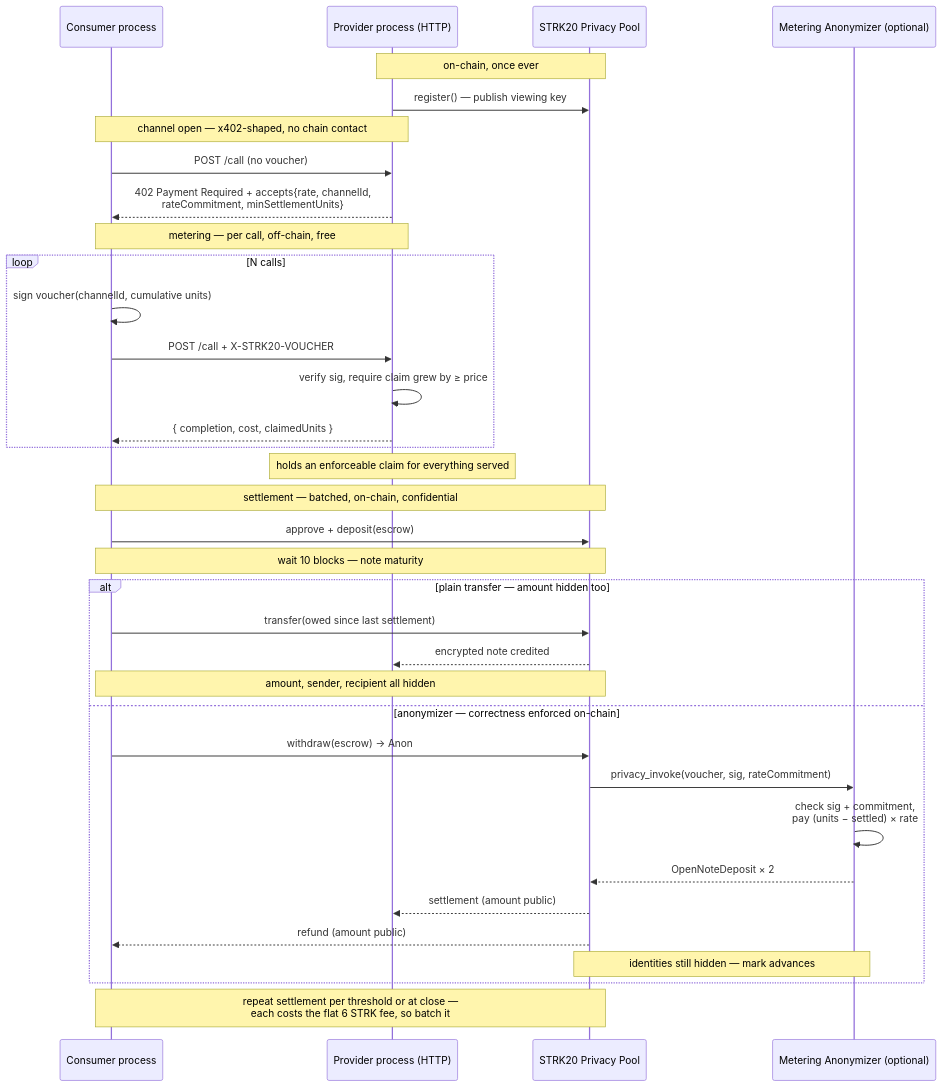
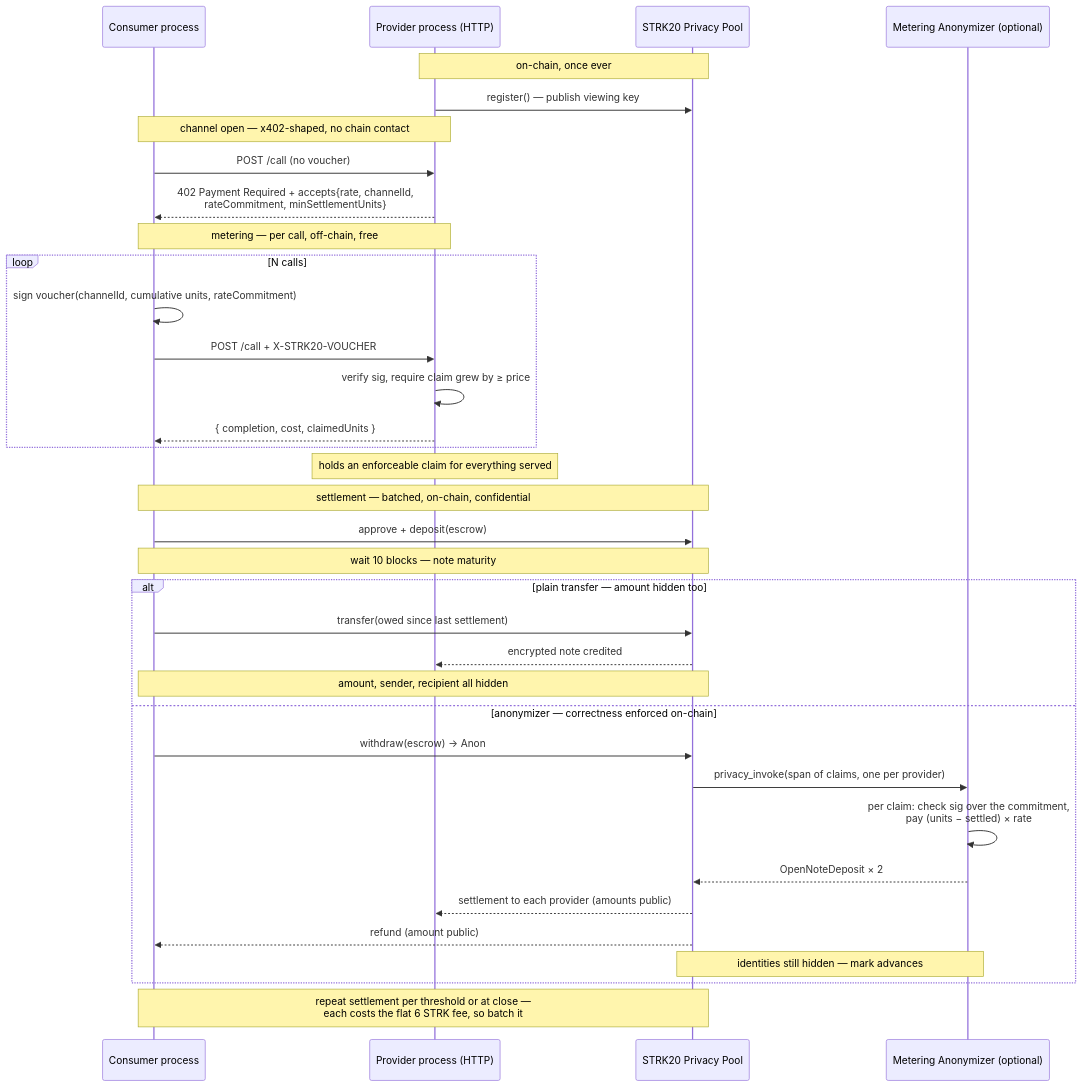
One commit to ayush4345/strkret changed the second of 2 diagrams in README.md. Above: the diagram before and after it, drawn with Mermaid. The commit also changed other lines of this file, not shown here.

````diff
--- a/README.md
+++ b/README.md
@@ -167,43 +167,43 @@
 ```mermaid
 sequenceDiagram
     participant C as Consumer process
     participant P as Provider process (HTTP)
     participant Pool as STRK20 Privacy Pool
     participant Anon as Metering Anonymizer (optional)
 
     Note over P,Pool: on-chain, once ever
     P->>Pool: register() — publish viewing key
 
     Note over C,P: channel open — x402-shaped, no chain contact
     C->>P: POST /call (no voucher)
     P-->>C: 402 Payment Required + accepts{rate, channelId,<br/>rateCommitment, minSettlementUnits}
 
     Note over C,P: metering — per call, off-chain, free
     loop N calls
-        C->>C: sign voucher(channelId, cumulative units)
+        C->>C: sign voucher(channelId, cumulative units, rateCommitment)
         C->>P: POST /call + X-STRK20-VOUCHER
         P->>P: verify sig, require claim grew by ≥ price
         P-->>C: { completion, cost, claimedUnits }
     end
     Note over P: holds an enforceable claim for everything served
 
     Note over C,Pool: settlement — batched, on-chain, confidential
     C->>Pool: approve + deposit(escrow)
     Note over C,Pool: wait 10 blocks — note maturity
 
     alt plain transfer — amount hidden too
         C->>Pool: transfer(owed since last settlement)
         Pool-->>P: encrypted note credited
         Note over C,Pool: amount, sender, recipient all hidden
     else anonymizer — correctness enforced on-chain
         C->>Pool: withdraw(escrow) → Anon
-        Pool->>Anon: privacy_invoke(voucher, sig, rateCommitment)
-        Anon->>Anon: check sig + commitment,<br/>pay (units − settled) × rate
+        Pool->>Anon: privacy_invoke(span of claims, one per provider)
+        Anon->>Anon: per claim: check sig over the commitment,<br/>pay (units − settled) × rate
         Anon-->>Pool: OpenNoteDeposit × 2
-        Pool-->>P: settlement (amount public)
+        Pool-->>P: settlement to each provider (amounts public)
         Pool-->>C: refund (amount public)
         Note over Anon,Pool: identities still hidden — mark advances
     end
 
     Note over C,Pool: repeat settlement per threshold or at close —<br/>each costs the flat 6 STRK fee, so batch it
 ```
````
